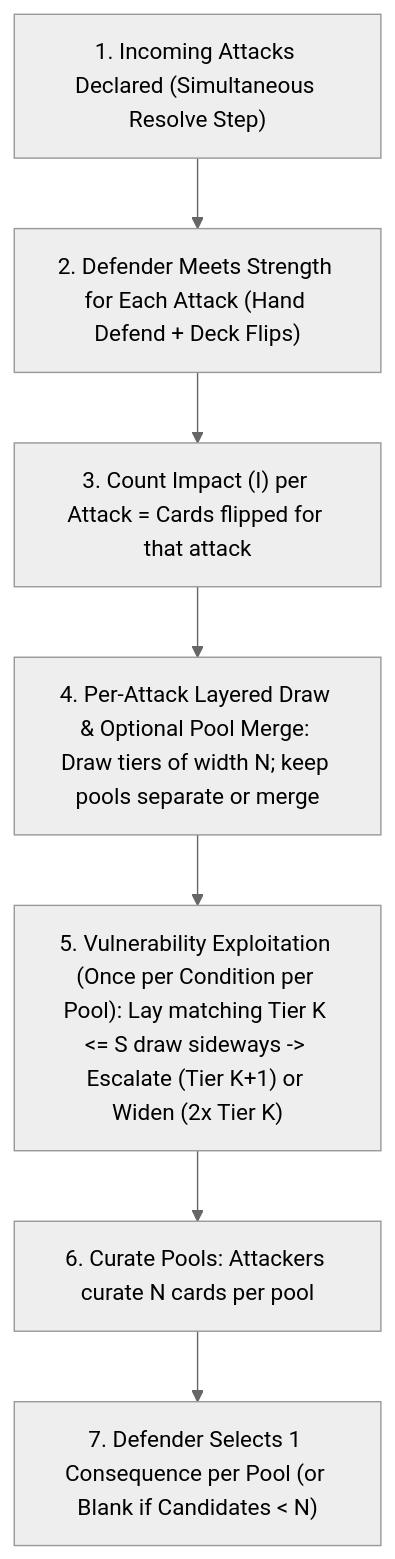
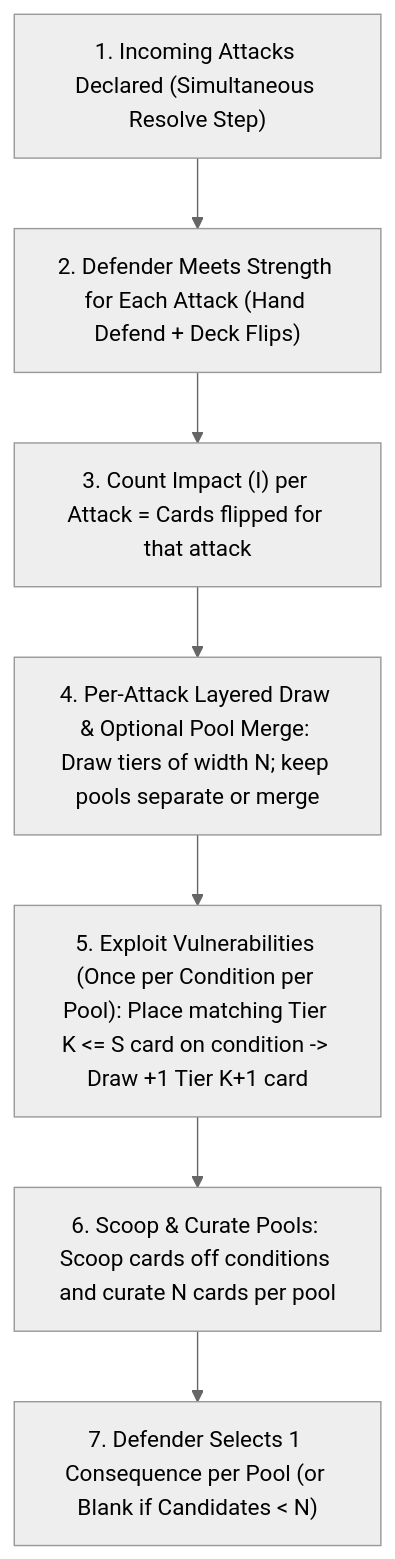
One commit to tdimiduk/cardpg changed the diagram in design/iteration/resolution/candidates/consequence-pool-tag-escalation/README.md. Above: the diagram before and after it, drawn with Mermaid (neutral theme). The commit also changed other lines of this file and 8 other files, not shown here.

````diff
--- a/design/iteration/resolution/candidates/consequence-pool-tag-escalation/README.md
+++ b/design/iteration/resolution/candidates/consequence-pool-tag-escalation/README.md
@@ -32,9 +35,9 @@
 ```mermaid
 flowchart TD
     A["1. Incoming Attacks Declared (Simultaneous Resolve Step)"] --> B["2. Defender Meets Strength for Each Attack (Hand Defend + Deck Flips)"]
     B --> C["3. Count Impact (I) per Attack = Cards flipped for that attack"]
     C --> D["4. Per-Attack Layered Draw & Optional Pool Merge: Draw tiers of width N; keep pools separate or merge"]
-    D --> E["5. Vulnerability Exploitation (Once per Condition per Pool): Lay matching Tier K <= S draw sideways -> Escalate (Tier K+1) or Widen (2x Tier K)"]
-    E --> F["6. Curate Pools: Attackers curate N cards per pool"]
+    D --> E["5. Exploit Vulnerabilities (Once per Condition per Pool): Place matching Tier K <= S card on condition -> Draw +1 Tier K+1 card"]
+    E --> F["6. Scoop & Curate Pools: Scoop cards off conditions and curate N cards per pool"]
     F --> G["7. Defender Selects 1 Consequence per Pool (or Blank if Candidates < N)"]
 ```
````
